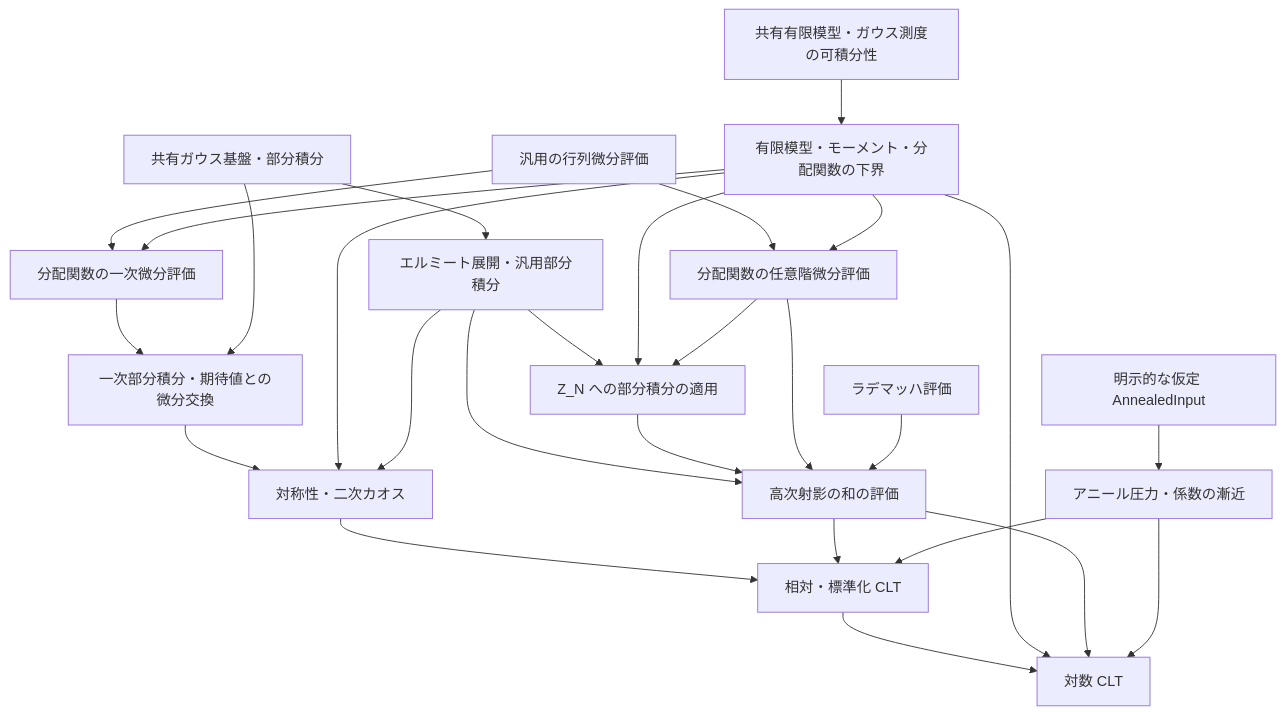
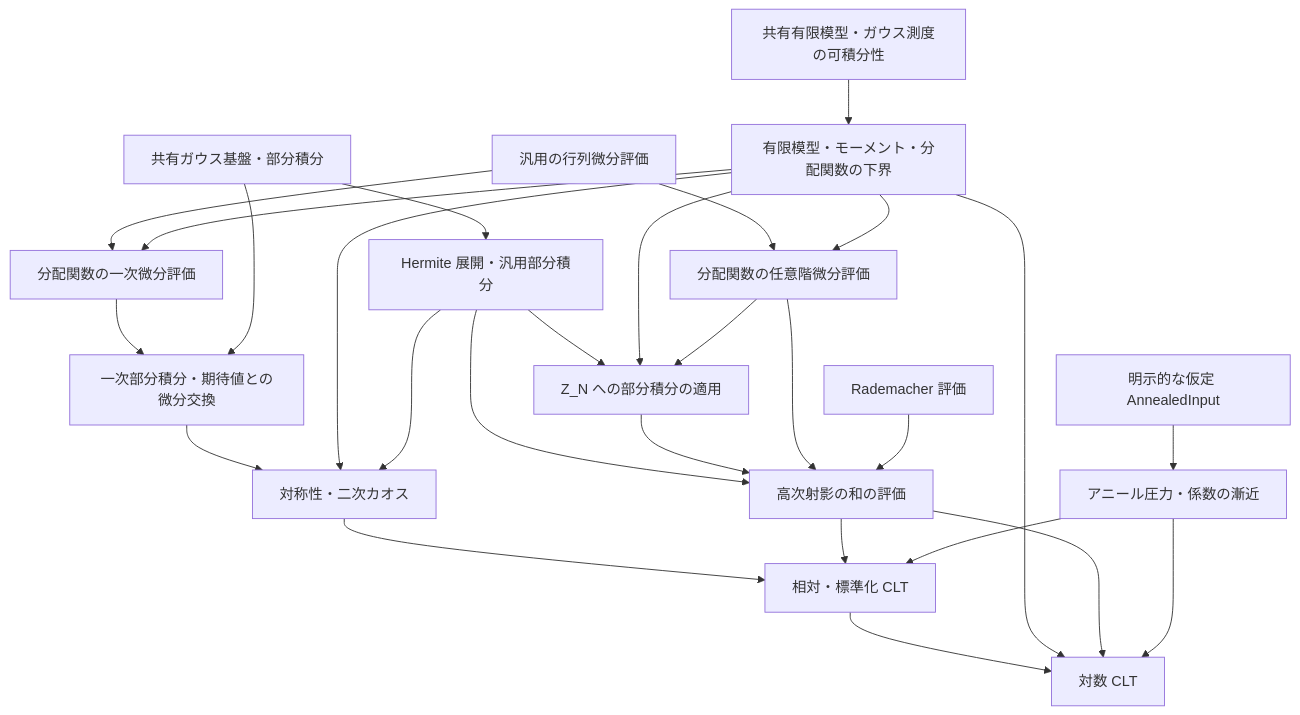
One commit to TokyoProbabilityGroup/SYK_CLT changed the third of 3 diagrams in SYK/CLT/ARCHITECTURE.md. Above: the diagram before and after it, drawn with Mermaid. The commit also changed other lines of this file and 9 other files, not shown here.

````diff
--- a/SYK/CLT/ARCHITECTURE.md
+++ b/SYK/CLT/ARCHITECTURE.md
@@ -232,29 +236,29 @@
 ```mermaid
 flowchart TD
     shared["共有有限模型・ガウス測度の可積分性"] --> finite["有限模型・モーメント・分配関数の下界"]
-    gaussian["共有ガウス基盤・部分積分"] --> hermite["エルミート展開・汎用部分積分"]
+    gaussian["共有ガウス基盤・部分積分"] --> hermite["Hermite 展開・汎用部分積分"]
     derivatives["汎用の行列微分評価"] --> firstDerivatives["分配関数の一次微分評価"]
     finite --> firstDerivatives
     firstDerivatives --> firstIBP["一次部分積分・期待値との微分交換"]
     gaussian --> firstIBP
     firstIBP --> second["対称性・二次カオス"]
     finite --> second
     hermite --> second
     derivatives --> zDerivatives["分配関数の任意階微分評価"]
     finite --> zDerivatives
     hermite --> zIBP["Z_N への部分積分の適用"]
     finite --> zIBP
     zDerivatives --> zIBP
     hermite --> remainder["高次射影の和の評価"]
     zIBP --> remainder
     zDerivatives --> remainder
-    rademacher["ラデマッハ評価"] --> remainder
+    rademacher["Rademacher 評価"] --> remainder
     external["明示的な仮定 AnnealedInput"] --> annealed["アニール圧力・係数の漸近"]
     second --> clt["相対・標準化 CLT"]
     remainder --> clt
     annealed --> clt
     clt --> logclt["対数 CLT"]
     finite --> logclt
     remainder --> logclt
     annealed --> logclt
 ```
````
